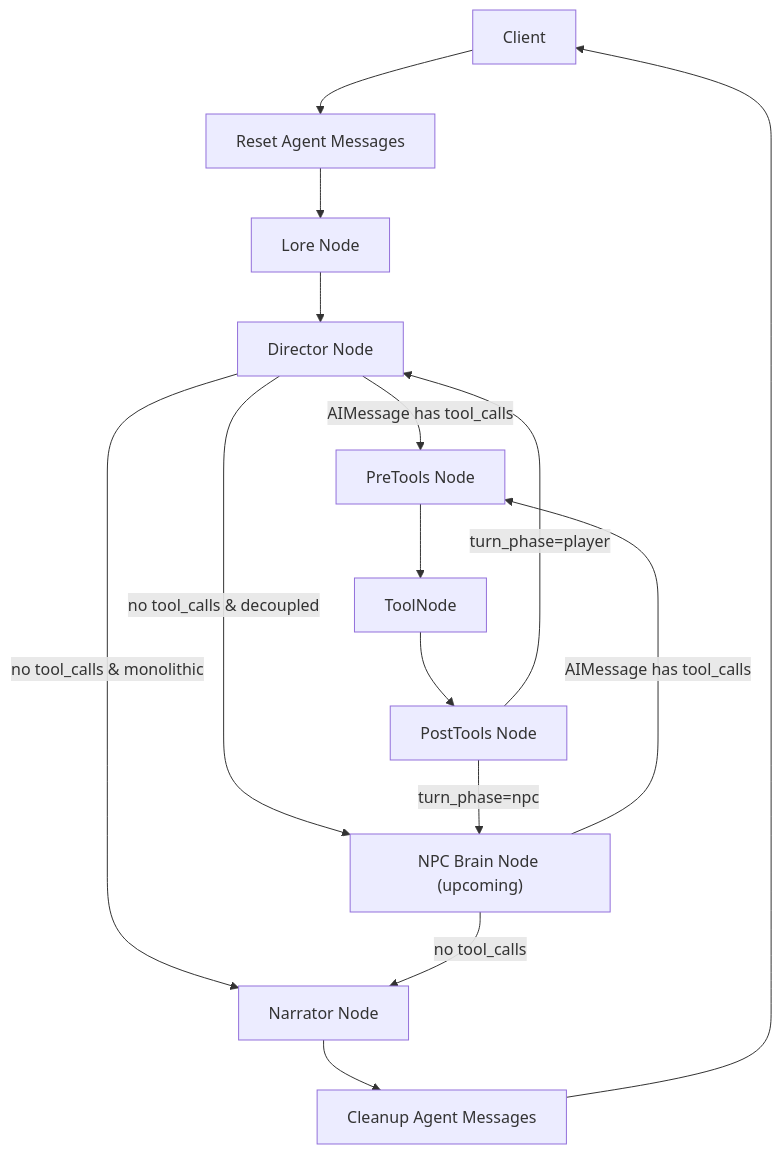
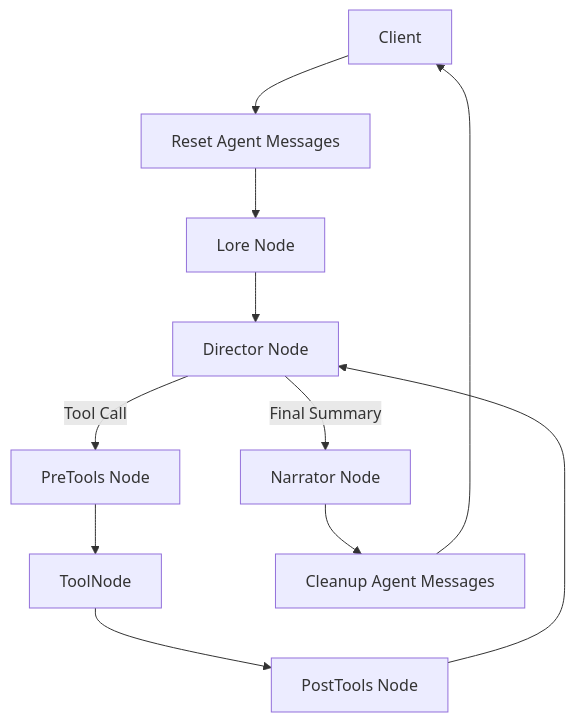
Before and after one commit to neolaw84/MnesOS: the diagram in docs/design/0002-state-and-turn-flow.md, drawn with Mermaid. The commit also changed other lines of this file and 32 other files, not shown here.

````diff
--- a/docs/design/0002-state-and-turn-flow.md
+++ b/docs/design/0002-state-and-turn-flow.md
@@ -13,17 +13,13 @@
 ```mermaid
 graph TD
     Client[Client] --> Reset[Reset Agent Messages]
     Reset --> Lore[Lore Node]
     Lore --> Director[Director Node]
-    Director -->|AIMessage has tool_calls| PreTools[PreTools Node]
-    Director -->|no tool_calls & decoupled| NPC["NPC Brain Node (upcoming)"]
-    Director -->|no tool_calls & monolithic| Narrator[Narrator Node]
+    Director -->|Tool Call| PreTools[PreTools Node]
+    Director -->|Final Summary| Narrator[Narrator Node]
     PreTools --> Tools[ToolNode]
     Tools --> PostTools[PostTools Node]
-    PostTools -->|turn_phase=player| Director
-    PostTools -->|turn_phase=npc| NPC
-    NPC -->|AIMessage has tool_calls| PreTools
-    NPC -->|no tool_calls| Narrator
+    PostTools --> Director
     Narrator --> Cleanup[Cleanup Agent Messages]
     Cleanup --> Client
 ```
````
